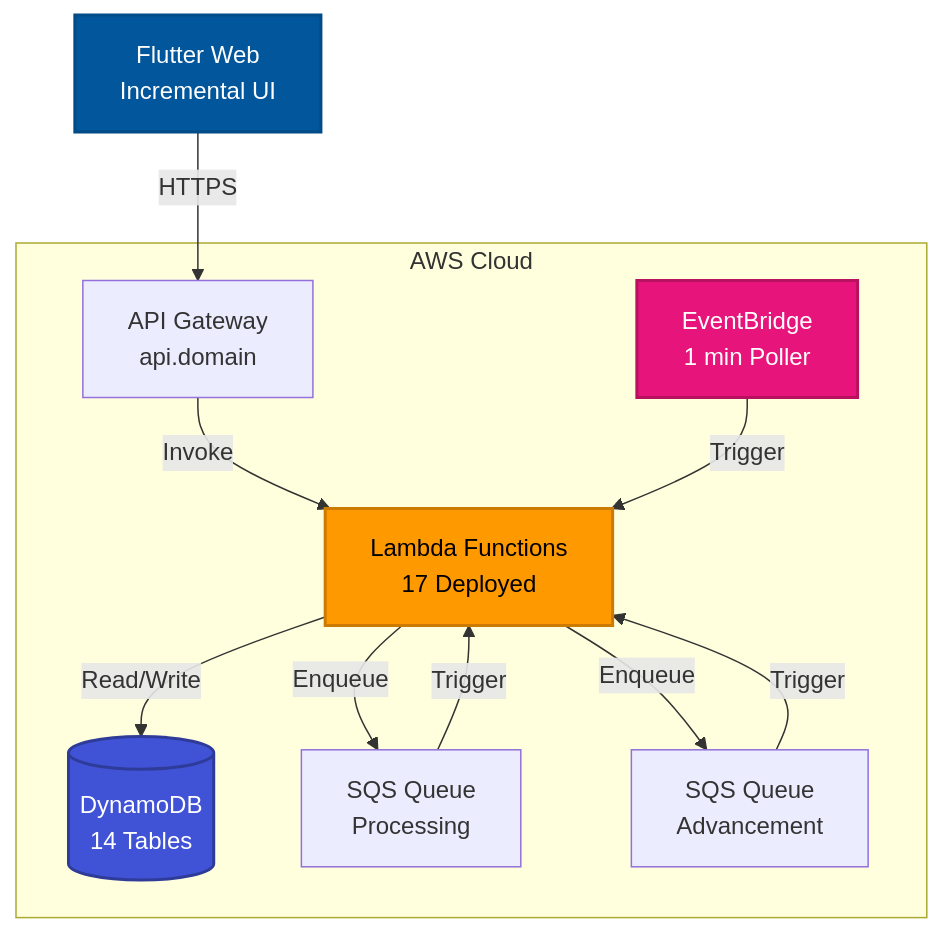
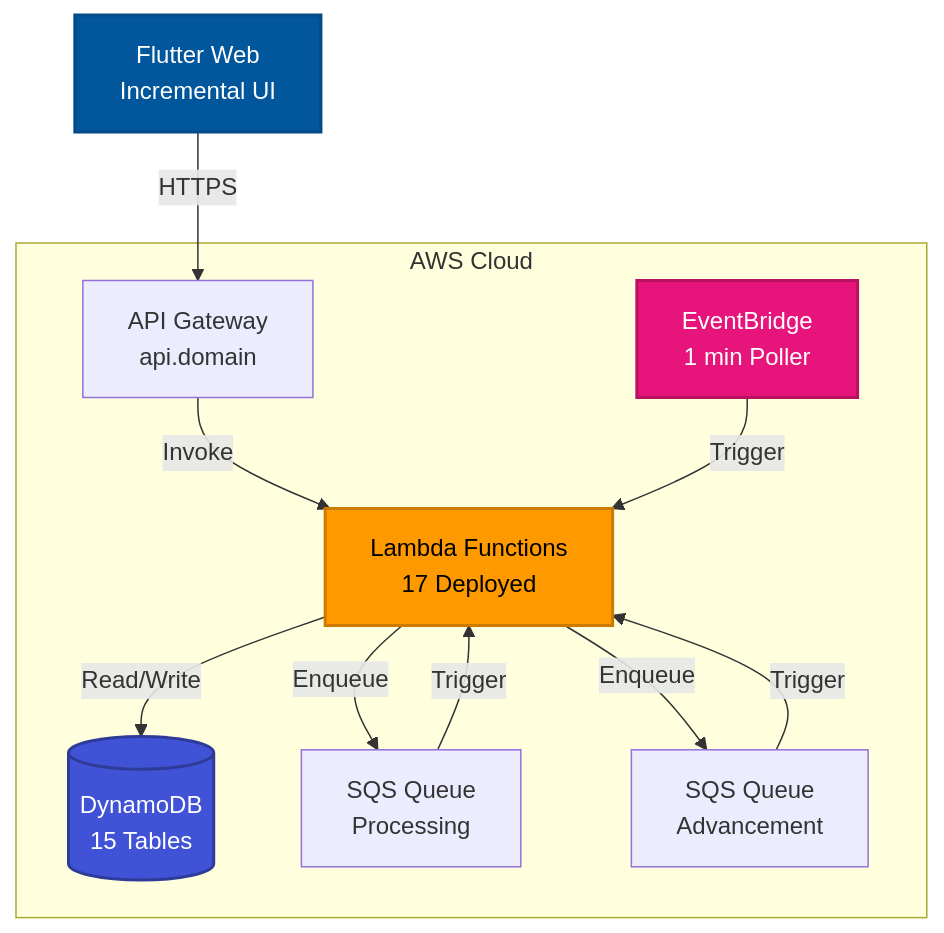
One commit to darkrelics/eidolon-engine changed the diagram in documentation/incremental-design.md. Above: the diagram before and after it, drawn with Mermaid. The commit also changed other lines of this file and 22 other files, not shown here.

````diff
--- a/documentation/incremental-design.md
+++ b/documentation/incremental-design.md
@@ -7,27 +7,27 @@
 ```mermaid
 graph TB
     Flutter[Flutter Web<br/>Incremental UI]
 
     subgraph "AWS Cloud"
         APIGW[API Gateway<br/>api.domain]
         Lambda[Lambda Functions<br/>17 Deployed]
-        DynamoDB[(DynamoDB<br/>14 Tables)]
+        DynamoDB[(DynamoDB<br/>15 Tables)]
         EventBridge[EventBridge<br/>1 min Poller]
         ProcessQ[SQS Queue<br/>Processing]
         AdvanceQ[SQS Queue<br/>Advancement]
     end
 
     Flutter -->|HTTPS| APIGW
     APIGW -->|Invoke| Lambda
     Lambda -->|Read/Write| DynamoDB
     Lambda -->|Enqueue| ProcessQ
     EventBridge -->|Trigger| Lambda
     Lambda -->|Enqueue| AdvanceQ
     ProcessQ -->|Trigger| Lambda
     AdvanceQ -->|Trigger| Lambda
 
     style Flutter fill:#02569B,stroke:#014B87,stroke-width:2px,color:#fff
     style Lambda fill:#FF9900,stroke:#CC7A00,stroke-width:2px,color:#000
     style DynamoDB fill:#4053D6,stroke:#2E3B99,stroke-width:2px,color:#fff
     style EventBridge fill:#E7157B,stroke:#B8115F,stroke-width:2px,color:#fff
 ```
````
